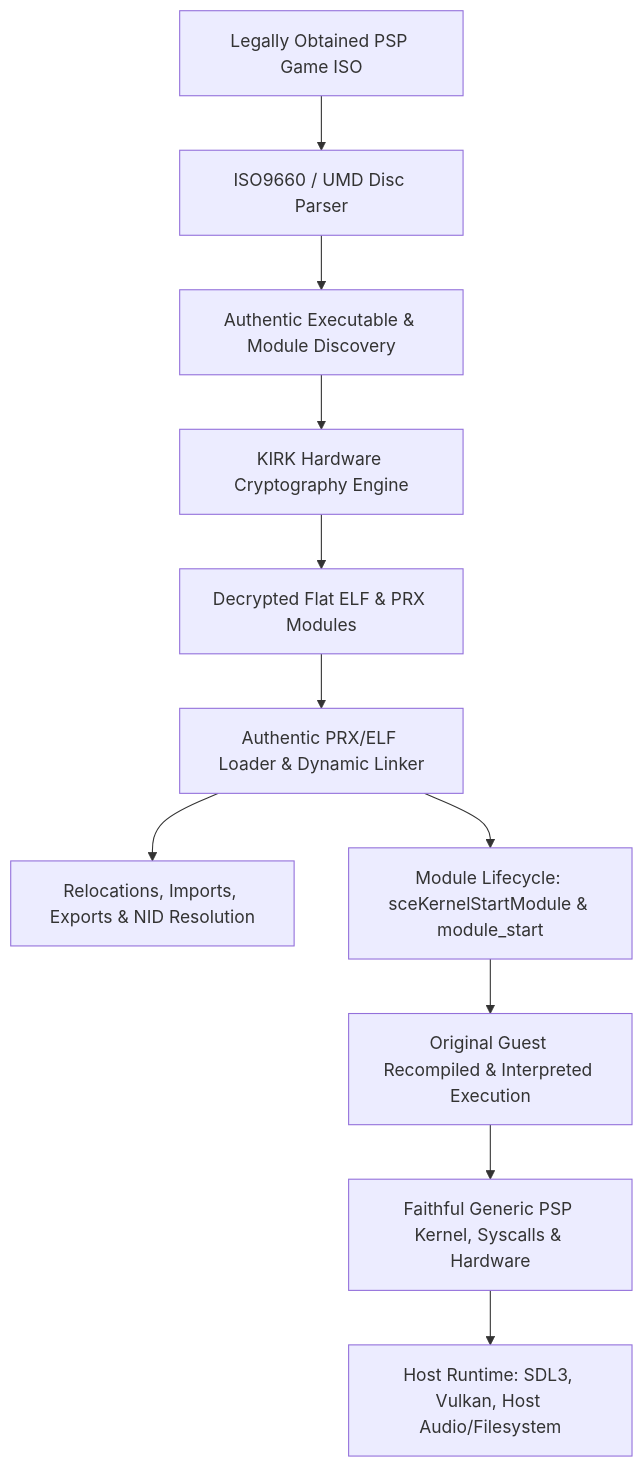
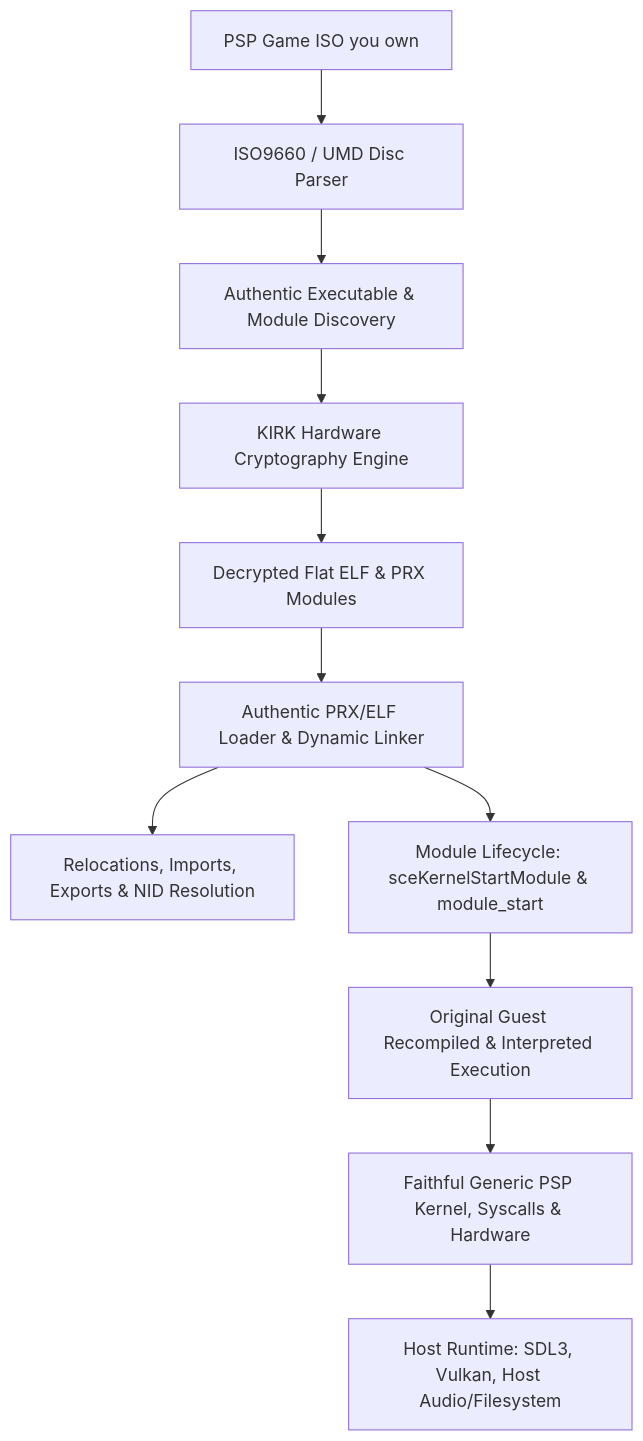
Before and after one commit to Jstar269/nakagawa-recomp: the diagram in docs/LLE_FIDELITY_ARCHITECTURE.md, drawn with Mermaid. The commit also changed 20 other files, not shown here.

````diff
--- a/docs/LLE_FIDELITY_ARCHITECTURE.md
+++ b/docs/LLE_FIDELITY_ARCHITECTURE.md
@@ -33,13 +33,13 @@
 ```mermaid
 flowchart TD
-    ISO[Legally Obtained PSP Game ISO] --> UMD[ISO9660 / UMD Disc Parser]
+    ISO[PSP Game ISO you own] --> UMD[ISO9660 / UMD Disc Parser]
     UMD --> DISC_DISC[Authentic Executable & Module Discovery]
     DISC_DISC --> CRYPTO[KIRK Hardware Cryptography Engine]
     CRYPTO --> DECRYPT[Decrypted Flat ELF & PRX Modules]
     DECRYPT --> LOADER[Authentic PRX/ELF Loader & Dynamic Linker]
     LOADER --> RELOC[Relocations, Imports, Exports & NID Resolution]
     LOADER --> LIFECYCLE[Module Lifecycle: sceKernelStartModule & module_start]
     LIFECYCLE --> GUEST_EXEC[Original Guest Recompiled & Interpreted Execution]
     GUEST_EXEC --> FAITHFUL_OS[Faithful Generic PSP Kernel, Syscalls & Hardware]
     FAITHFUL_OS --> HOST[Host Runtime: SDL3, Vulkan, Host Audio/Filesystem]
 ```
````
